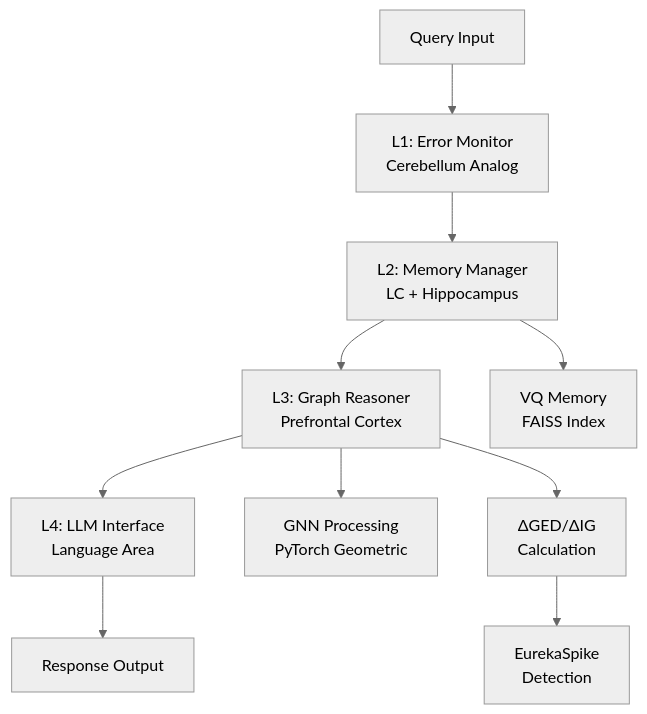
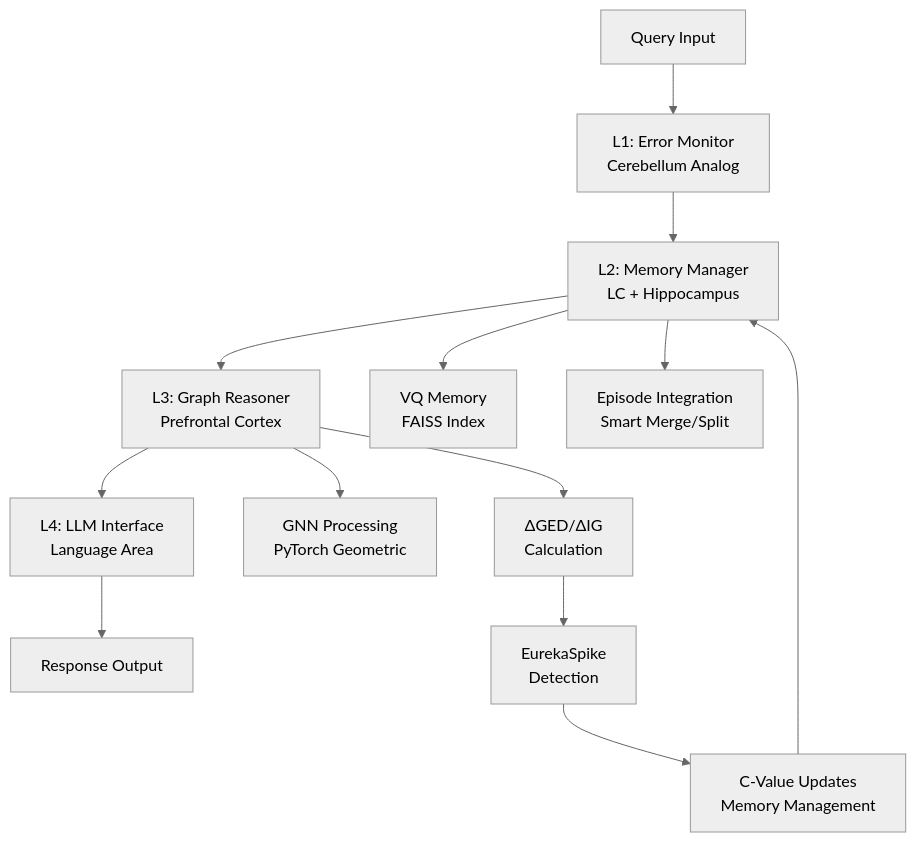
Before and after one commit to miyauchikazuyoshi/InsightSpike-AI: the diagram in README.md, drawn with Mermaid (neutral theme). The commit also changed other lines of this file and 99 other files, not shown here.

````diff
--- a/README.md
+++ b/README.md
@@ -102,13 +104,16 @@
 ```mermaid
 graph TD
     A[Query Input] --> B[L1: Error Monitor<br/>Cerebellum Analog]
     B --> C[L2: Memory Manager<br/>LC + Hippocampus]
     C --> D[L3: Graph Reasoner<br/>Prefrontal Cortex]
     D --> E[L4: LLM Interface<br/>Language Area]
     E --> F[Response Output]
     
     C --> G[VQ Memory<br/>FAISS Index]
-    D --> H[GNN Processing<br/>PyTorch Geometric]
-    D --> I[ΔGED/ΔIG<br/>Calculation]
-    I --> J[EurekaSpike<br/>Detection]
+    C --> H[Episode Integration<br/>Smart Merge/Split]
+    D --> I[GNN Processing<br/>PyTorch Geometric]
+    D --> J[ΔGED/ΔIG<br/>Calculation]
+    J --> K[EurekaSpike<br/>Detection]
+    K --> L[C-Value Updates<br/>Memory Management]
+    L --> C
 ```
````
